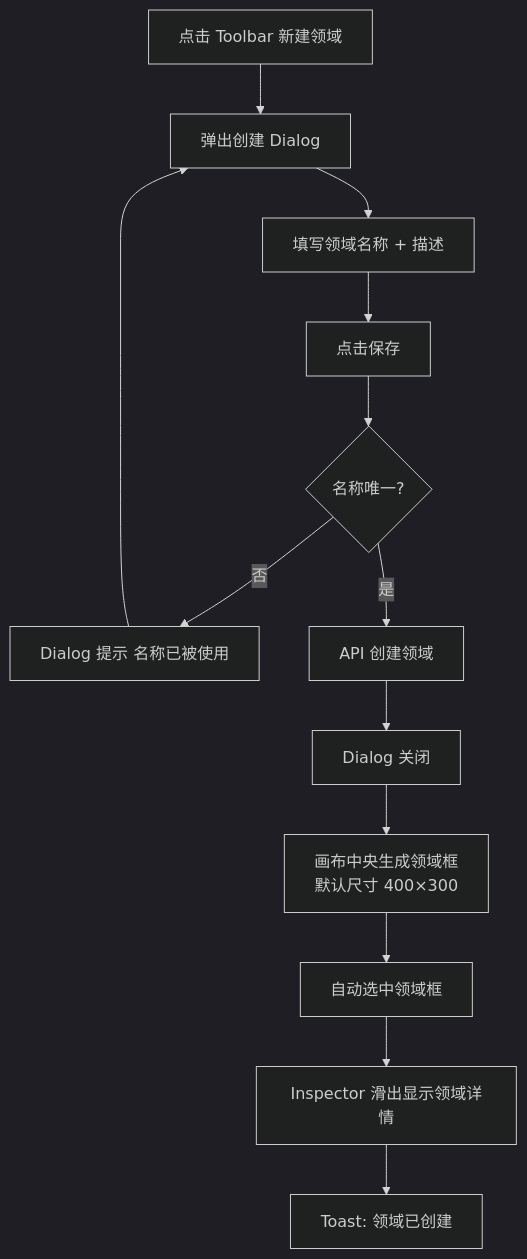
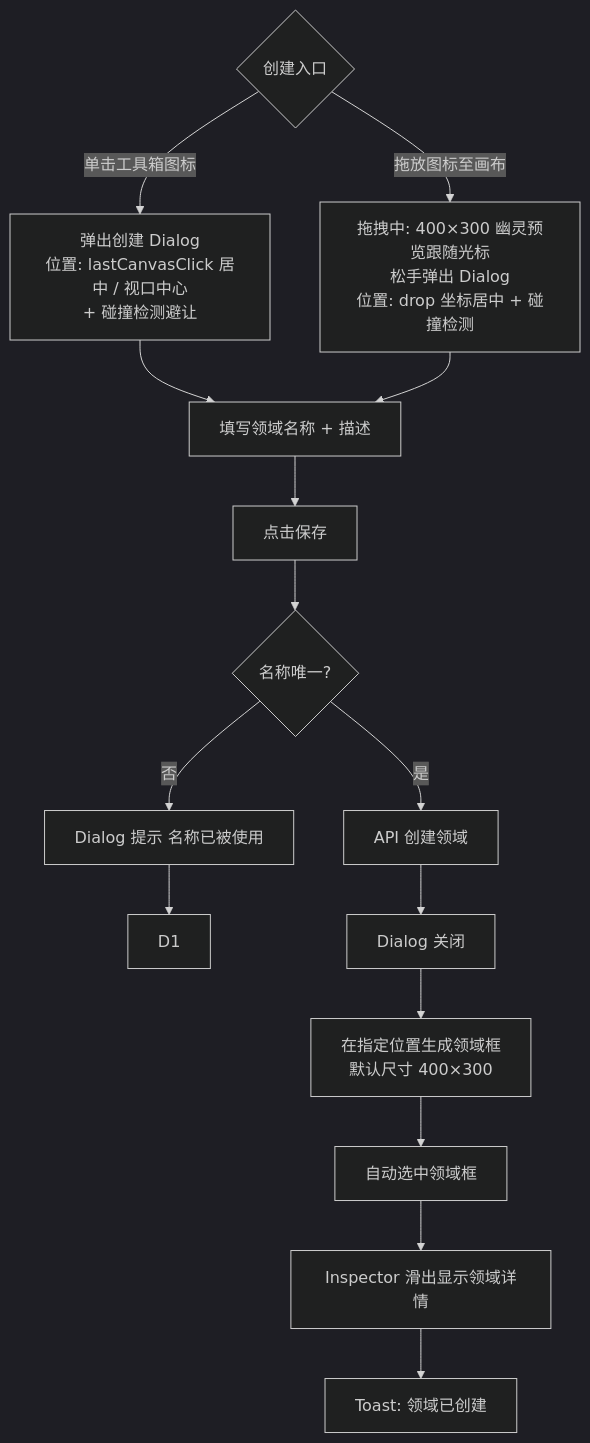
Before and after one commit to kai-cui1/ai-prototype-manager: the fifth of 7 diagrams in docs/03-prd-ux/modules/domain-model/domain-model-interaction.md, drawn with Mermaid (dark theme). The commit also changed other lines of this file and 252 other files, not shown here.

````diff
--- a/docs/03-prd-ux/modules/domain-model/domain-model-interaction.md
+++ b/docs/03-prd-ux/modules/domain-model/domain-model-interaction.md
@@ -1330,15 +1485,18 @@
 ```mermaid
 flowchart TD
-    U1[点击 Toolbar 新建领域] --> D1[弹出创建 Dialog]
-    D1 --> U2[填写领域名称 + 描述]
+    E1{创建入口}
+    E1 --> |单击工具箱图标| U1[弹出创建 Dialog\n位置: lastCanvasClick 居中 / 视口中心\n+ 碰撞检测避让]
+    E1 --> |拖放图标至画布| U1D[拖拽中: 400×300 幽灵预览跟随光标\n松手弹出 Dialog\n位置: drop 坐标居中 + 碰撞检测]
+    U1 --> U2[填写领域名称 + 描述]
+    U1D --> U2
     U2 --> U3[点击保存]
     U3 --> S1{名称唯一?}
-    S1 --> |否| E1[Dialog 提示 名称已被使用]
-    E1 --> D1
+    S1 --> |否| E2[Dialog 提示 名称已被使用]
+    E2 --> D1
     S1 --> |是| S2[API 创建领域]
     S2 --> S3[Dialog 关闭]
-    S3 --> S4[画布中央生成领域框\n默认尺寸 400×300]
+    S3 --> S4[在指定位置生成领域框\n默认尺寸 400×300]
     S4 --> S5[自动选中领域框]
     S5 --> S6[Inspector 滑出显示领域详情]
     S6 --> U4[Toast: 领域已创建]
 ```
````
